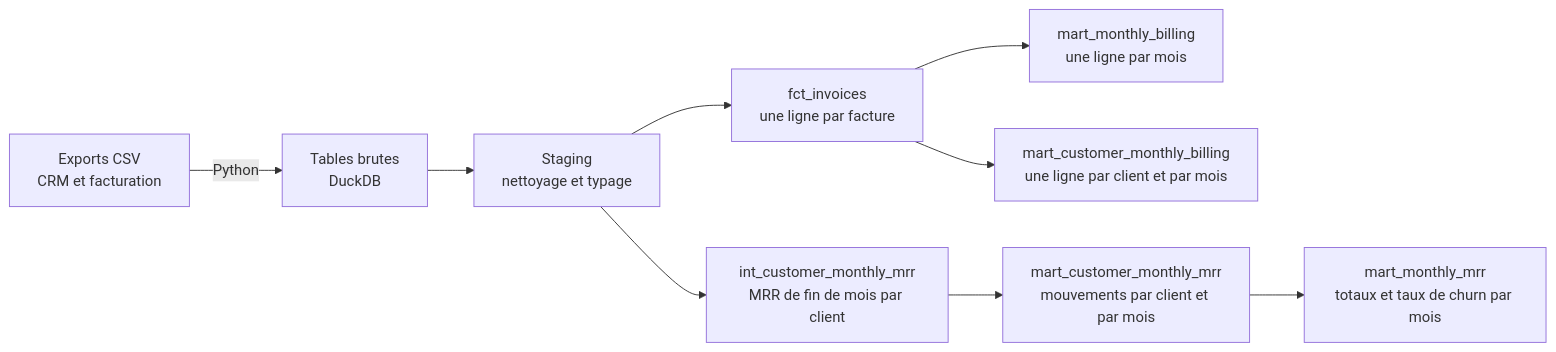
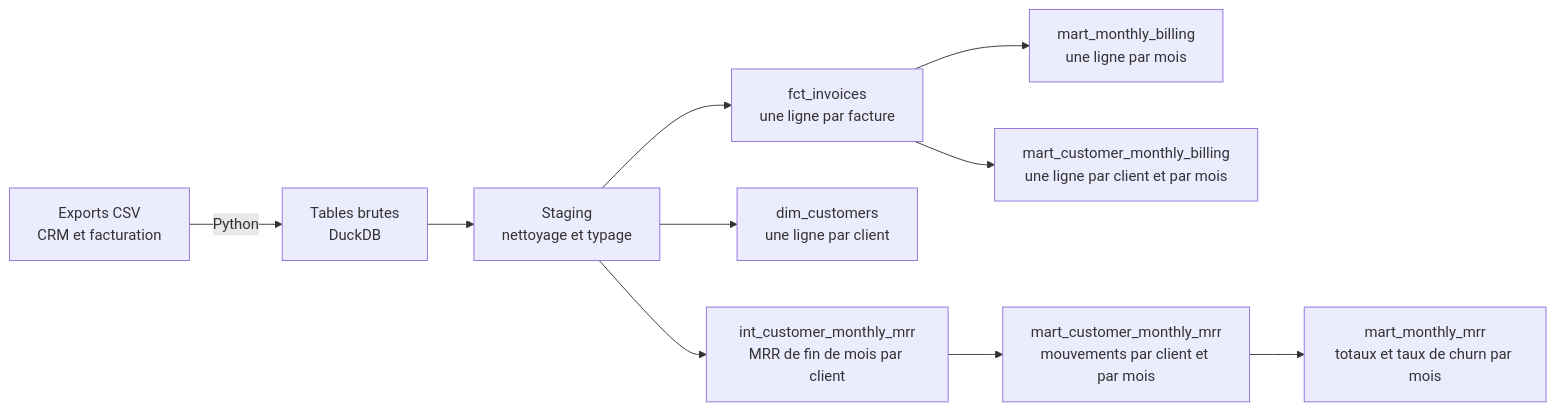
One commit to MelvinBrdt/saas-revenue-analytics changed the diagram in README.md. Above: the diagram before and after it, drawn with Mermaid. The commit also changed other lines of this file and 2 other files, not shown here.

````diff
--- a/README.md
+++ b/README.md
@@ -81,11 +81,12 @@
 ```mermaid
 flowchart LR
     A[Exports CSV<br>CRM et facturation] -->|Python| B[Tables brutes<br>DuckDB]
     B --> C[Staging<br>nettoyage et typage]
     C --> D[fct_invoices<br>une ligne par facture]
     D --> E[mart_monthly_billing<br>une ligne par mois]
     D --> F[mart_customer_monthly_billing<br>une ligne par client et par mois]
+    C --> J[dim_customers<br>une ligne par client]
     C --> G[int_customer_monthly_mrr<br>MRR de fin de mois par client]
     G --> H[mart_customer_monthly_mrr<br>mouvements par client et par mois]
     H --> I[mart_monthly_mrr<br>totaux et taux de churn par mois]
 ```
````
